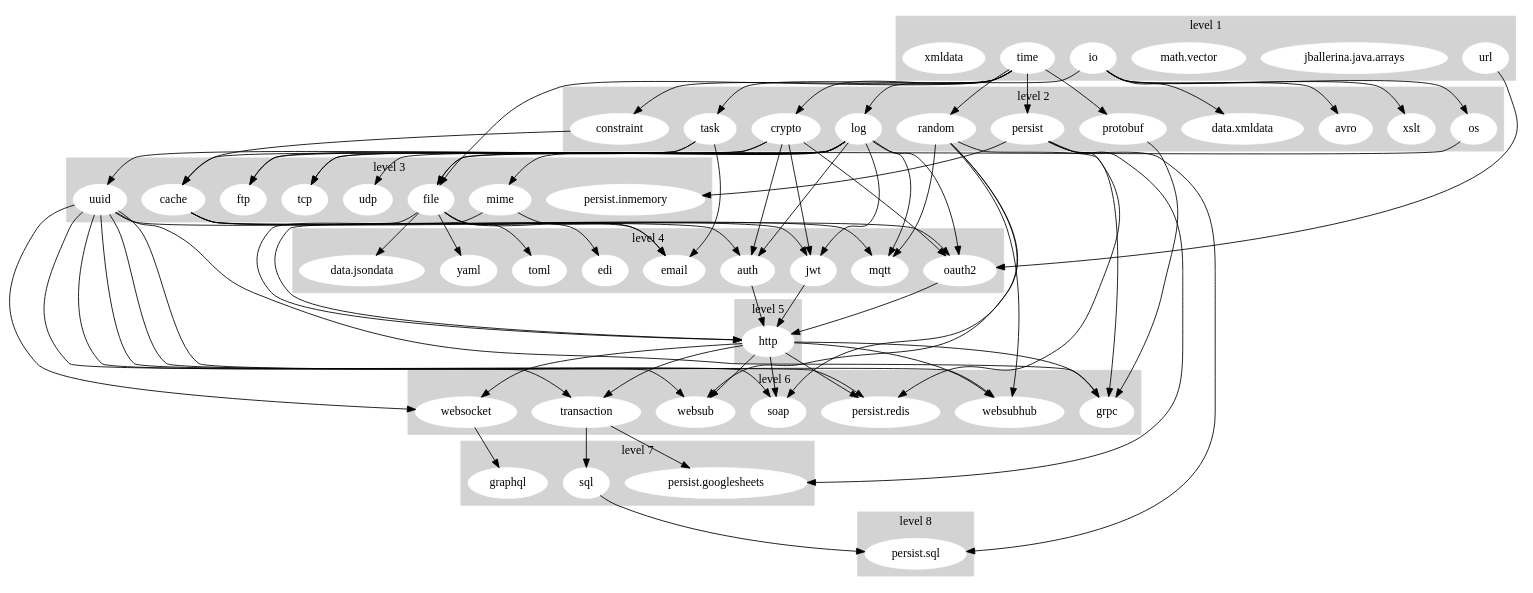
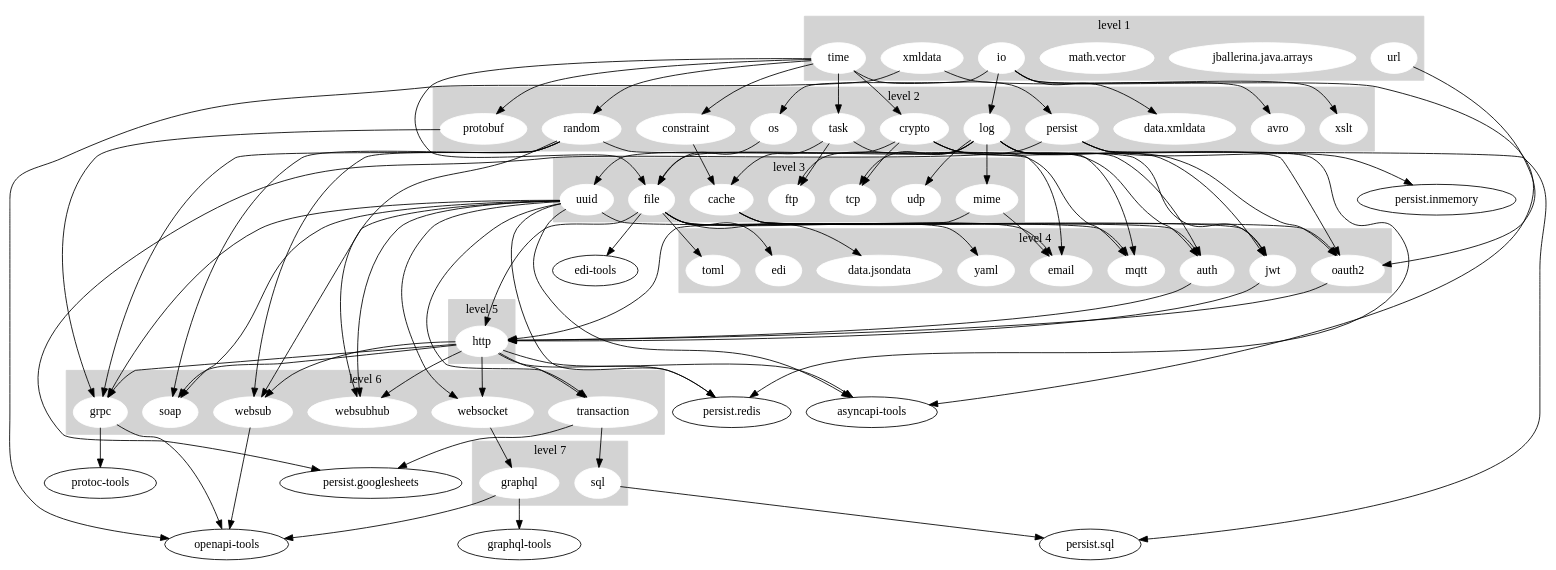
One commit to ballerina-platform/ballerina-release changed the diagram in dashboard/stdlib_graph.gv. Above: the diagram before and after it, drawn with Graphviz.

Commit message:
[Automated] Update Stdlib Dependency Graph

```diff
--- a/dashboard/stdlib_graph.gv
+++ b/dashboard/stdlib_graph.gv
@@ -1,163 +1,164 @@
 digraph "Stdlib Dependency Graph" {
 	subgraph cluster_1 {
 		node [color=white style=filled]
 		color=lightgrey style=filled
 		io
 		"jballerina.java.arrays"
 		"math.vector"
 		time
 		url
 		xmldata
 		label="level 1"
 	}
 	subgraph cluster_2 {
 		node [color=white style=filled]
 		color=lightgrey style=filled
 		avro
 		constraint
 		crypto
 		"data.xmldata"
 		log
 		os
 		persist
 		protobuf
 		random
 		task
 		xslt
 		label="level 2"
 	}
 	subgraph cluster_3 {
 		node [color=white style=filled]
 		color=lightgrey style=filled
 		cache
 		file
 		ftp
 		mime
-		"persist.inmemory"
 		tcp
 		udp
 		uuid
 		label="level 3"
 	}
 	subgraph cluster_4 {
 		node [color=white style=filled]
 		color=lightgrey style=filled
 		auth
 		"data.jsondata"
 		edi
 		email
 		jwt
 		mqtt
 		oauth2
 		toml
 		yaml
 		label="level 4"
 	}
 	subgraph cluster_5 {
 		node [color=white style=filled]
 		color=lightgrey style=filled
 		http
 		label="level 5"
 	}
 	subgraph cluster_6 {
 		node [color=white style=filled]
 		color=lightgrey style=filled
 		grpc
-		"persist.redis"
 		soap
 		transaction
 		websocket
 		websub
 		websubhub
 		label="level 6"
 	}
 	subgraph cluster_7 {
 		node [color=white style=filled]
 		color=lightgrey style=filled
 		graphql
-		"persist.googlesheets"
 		sql
 		label="level 7"
-	}
-	subgraph cluster_8 {
-		node [color=white style=filled]
-		color=lightgrey style=filled
-		"persist.sql"
-		label="level 8"
 	}
 	io -> avro
 	io -> "data.xmldata"
 	io -> log
 	io -> os
 	io -> xslt
 	time -> constraint
 	time -> crypto
 	time -> file
 	time -> persist
 	time -> protobuf
 	time -> random
 	time -> task
 	url -> oauth2
+	xmldata -> "asyncapi-tools"
+	xmldata -> "openapi-tools"
 	constraint -> cache
 	crypto -> auth
 	crypto -> jwt
 	crypto -> oauth2
 	crypto -> tcp
 	crypto -> uuid
 	log -> auth
 	log -> file
 	log -> ftp
 	log -> jwt
 	log -> mime
 	log -> mqtt
 	log -> oauth2
 	log -> tcp
 	log -> udp
 	os -> file
 	persist -> "persist.googlesheets"
 	persist -> "persist.inmemory"
 	persist -> "persist.redis"
 	persist -> "persist.sql"
 	protobuf -> grpc
 	random -> grpc
 	random -> mqtt
 	random -> soap
 	random -> websub
 	random -> websubhub
 	task -> cache
 	task -> email
 	task -> ftp
 	cache -> auth
 	cache -> jwt
 	cache -> oauth2
 	file -> "data.jsondata"
 	file -> edi
 	file -> email
 	file -> http
 	file -> toml
 	file -> yaml
+	file -> "edi-tools"
 	mime -> email
 	mime -> http
 	uuid -> grpc
 	uuid -> mqtt
-	uuid -> "persist.redis"
 	uuid -> soap
 	uuid -> transaction
 	uuid -> websocket
 	uuid -> websub
 	uuid -> websubhub
+	uuid -> "persist.redis"
+	uuid -> "asyncapi-tools"
 	auth -> http
 	jwt -> http
 	oauth2 -> http
 	http -> grpc
-	http -> "persist.redis"
 	http -> soap
 	http -> transaction
 	http -> websocket
 	http -> websub
 	http -> websubhub
+	http -> "persist.redis"
+	http -> "asyncapi-tools"
+	grpc -> "openapi-tools"
+	grpc -> "protoc-tools"
+	transaction -> sql
 	transaction -> "persist.googlesheets"
-	transaction -> sql
 	websocket -> graphql
+	websub -> "openapi-tools"
+	graphql -> "graphql-tools"
+	graphql -> "openapi-tools"
 	sql -> "persist.sql"
 }
```
